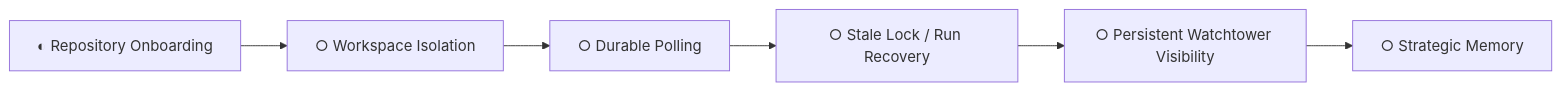
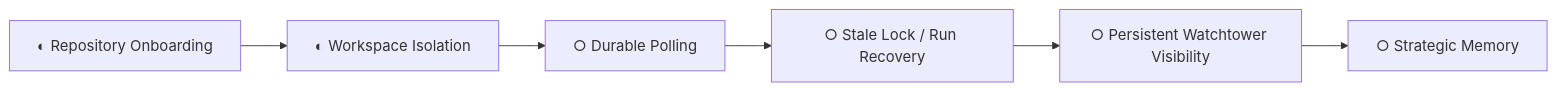
One commit to RedEagleSoftware/the-circus changed the third of 4 diagrams in docs/capability-tree.md. Above: the diagram before and after it, drawn with Mermaid. The commit also changed other lines of this file and 4 other files, not shown here.

Commit message:
Document issue #30 worktree isolation roadmap

````diff
--- a/docs/capability-tree.md
+++ b/docs/capability-tree.md
@@ -41,15 +42,15 @@
 ```mermaid
 flowchart LR
     onboarding["◐ Repository Onboarding"]
-    workspace["○ Workspace Isolation"]
+    workspace["◐ Workspace Isolation"]
     polling["○ Durable Polling"]
     recovery["○ Stale Lock / Run Recovery"]
     visibility["○ Persistent Watchtower Visibility"]
     memory["○ Strategic Memory"]
 
     onboarding --> workspace
     workspace --> polling
     polling --> recovery
     recovery --> visibility
     visibility --> memory
 ```
````
